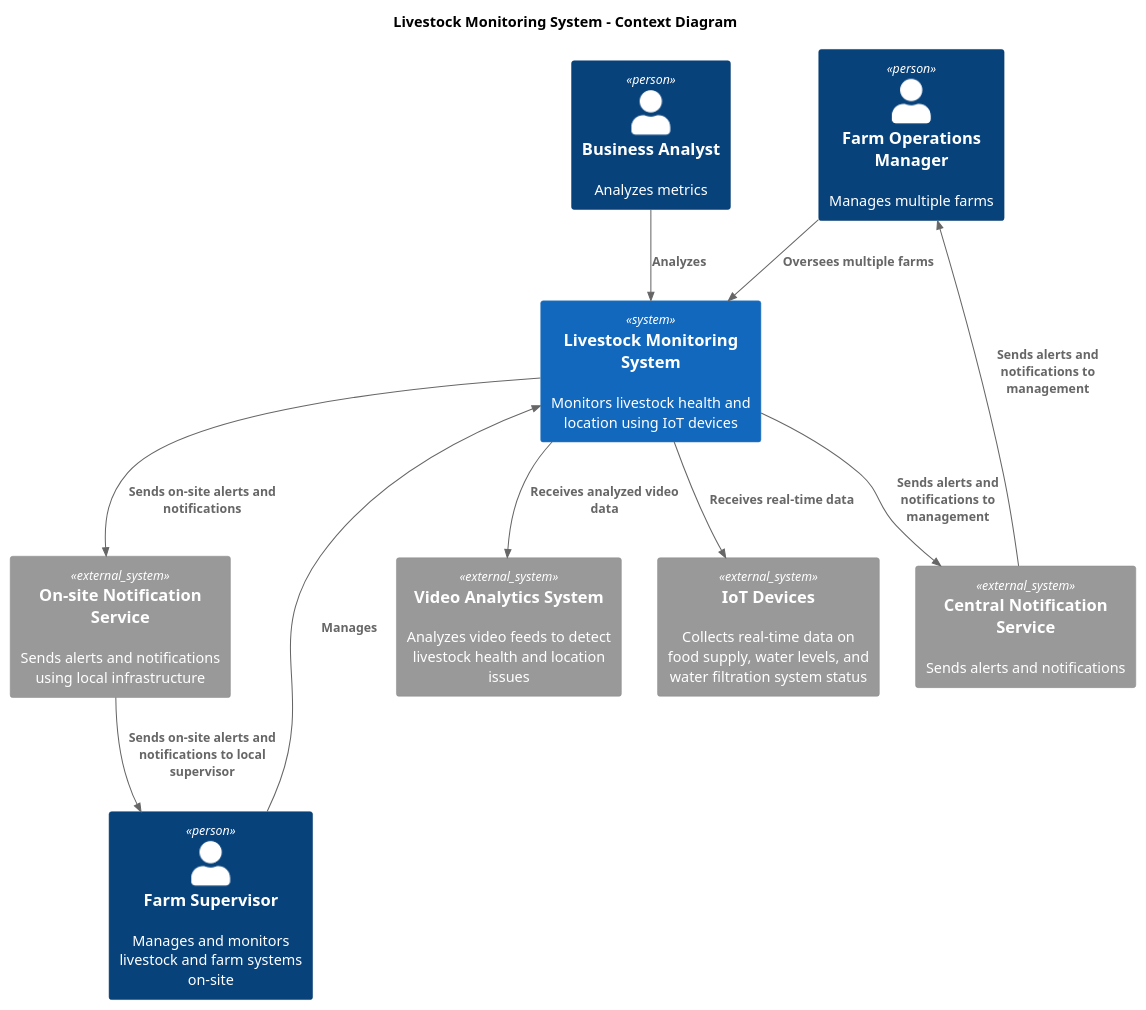
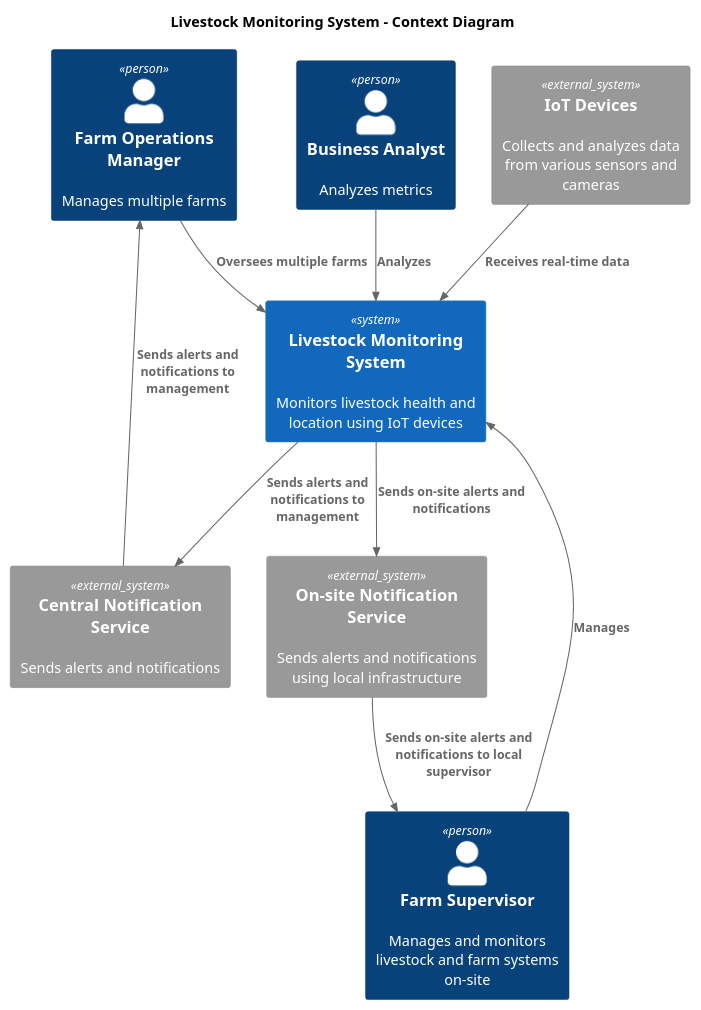
One commit to WowSoLaggy/MSA-AgroTech changed the diagram in Task1/context.puml. Above: the diagram before and after it, drawn with PlantUML. The commit also changed 2 other files, not shown here.

Commit message:
(-) Various fixes

```diff
--- a/Task1/context.puml
+++ b/Task1/context.puml
@@ -1,36 +1,34 @@
 @startuml context.puml
 title Livestock Monitoring System - Context Diagram
 
 top to bottom direction
 
 !includeurl https://raw.githubusercontent.com/RicardoNiepel/C4-PlantUML/master/C4_Component.puml
 
 
 ' Actors
 
 Person(farm_manager, "Farm Operations Manager", "Manages multiple farms")
 Person(farm_supervisor, "Farm Supervisor", "Manages and monitors livestock and farm systems on-site")
 Person(ba, "Business Analyst", "Analyzes metrics")
 
 ' Systems
 
 System(lms, "Livestock Monitoring System", "Monitors livestock health and location using IoT devices")
-System_Ext(ext_notifications_local, "On-site Notification Service", "Sends alerts and notifications using local infrastructure")
-System_Ext(ext_notifications_central, "Central Notification Service", "Sends alerts and notifications")
-System_Ext(video_analytics, "Video Analytics System", "Analyzes video feeds to detect livestock health and location issues")
-System_Ext(iot_devices, "IoT Devices", "Collects real-time data on food supply, water levels, and water filtration system status")
+System_Ext(notifications_local_ext, "On-site Notification Service", "Sends alerts and notifications using local infrastructure")
+System_Ext(notifications_central_ext, "Central Notification Service", "Sends alerts and notifications")
+System_Ext(iot_ext, "IoT Devices", "Collects and analyzes data from various sensors and cameras")
 
-Rel(lms, ext_notifications_local, "Sends on-site alerts and notifications")
-Rel(ext_notifications_local, farm_supervisor, "Sends on-site alerts and notifications to local supervisor")
+Rel(lms, notifications_local_ext, "Sends on-site alerts and notifications")
+Rel(notifications_local_ext, farm_supervisor, "Sends on-site alerts and notifications to local supervisor")
 Rel(farm_supervisor, lms, "Manages")
 
 Rel(farm_manager, lms, "Oversees multiple farms")
 Rel(ba, lms, "Analyzes")
-Rel(lms, ext_notifications_central, "Sends alerts and notifications to management")
-Rel(ext_notifications_central, farm_manager, "Sends alerts and notifications to management")
+Rel(lms, notifications_central_ext, "Sends alerts and notifications to management")
+Rel(notifications_central_ext, farm_manager, "Sends alerts and notifications to management")
 
-Rel(lms, video_analytics, "Receives analyzed video data")
-Rel(lms, iot_devices, "Receives real-time data")
+Rel(iot_ext, lms, "Receives real-time data")
 
 
 @enduml
```
